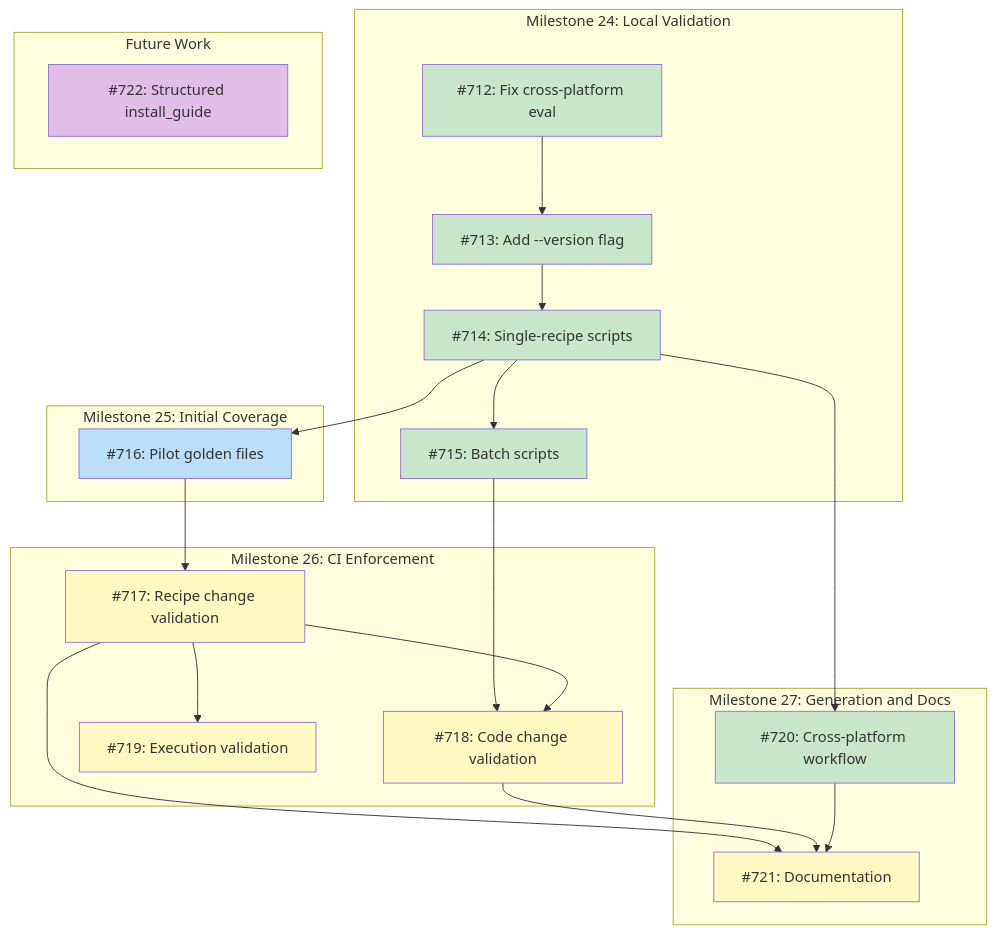
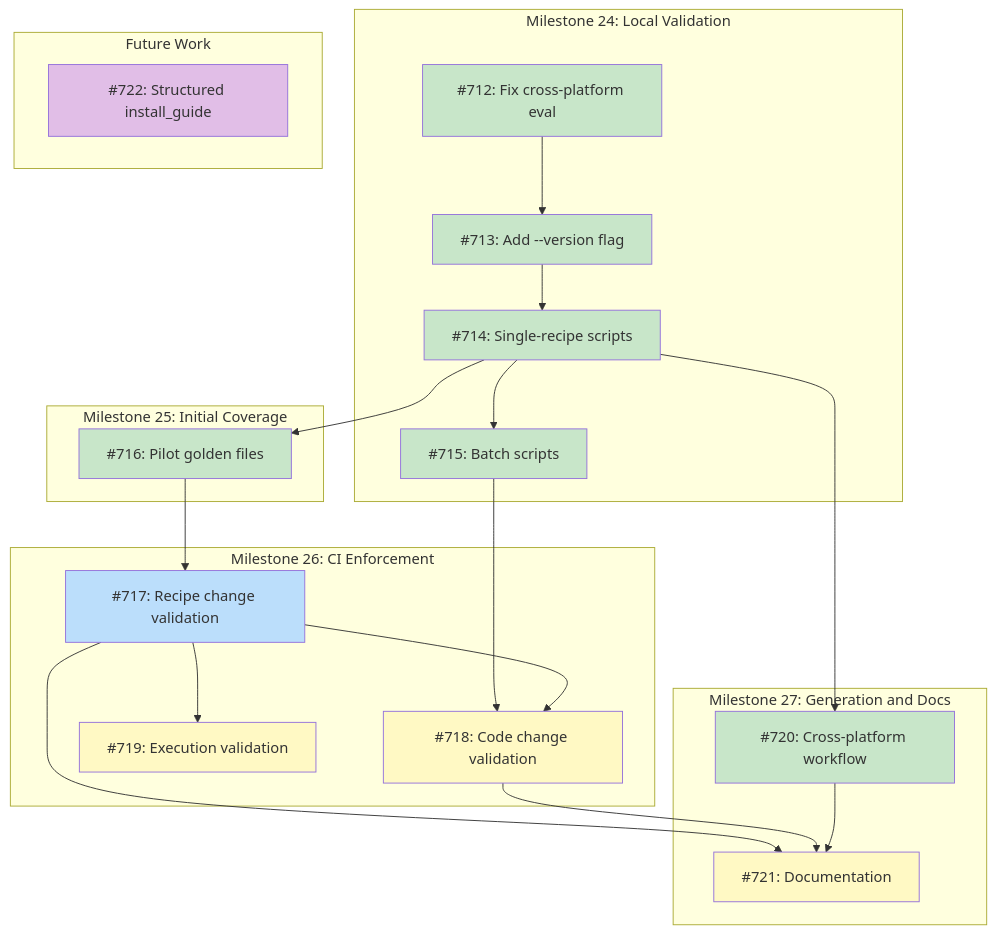
Before and after one commit to tsukumogami/tsuku: the diagram in docs/DESIGN-golden-plan-testing.md, drawn with Mermaid. The commit also changed 90 other files, not shown here.

````diff
--- a/docs/DESIGN-golden-plan-testing.md
+++ b/docs/DESIGN-golden-plan-testing.md
@@ -47,51 +47,51 @@
 ```mermaid
 graph TD
     subgraph M24["Milestone 24: Local Validation"]
         I712["#712: Fix cross-platform eval"]
         I713["#713: Add --version flag"]
         I714["#714: Single-recipe scripts"]
         I715["#715: Batch scripts"]
     end
 
     subgraph M25["Milestone 25: Initial Coverage"]
         I716["#716: Pilot golden files"]
     end
 
     subgraph M26["Milestone 26: CI Enforcement"]
         I717["#717: Recipe change validation"]
         I718["#718: Code change validation"]
         I719["#719: Execution validation"]
     end
 
     subgraph M27["Milestone 27: Generation and Docs"]
         I720["#720: Cross-platform workflow"]
         I721["#721: Documentation"]
     end
 
     subgraph Future["Future Work"]
         I722["#722: Structured install_guide"]
     end
 
     I712 --> I713
     I713 --> I714
     I714 --> I715
     I714 --> I716
     I714 --> I720
     I716 --> I717
     I715 --> I718
     I717 --> I718
     I717 --> I719
     I717 --> I721
     I718 --> I721
     I720 --> I721
 
     classDef done fill:#c8e6c9
     classDef ready fill:#bbdefb
     classDef blocked fill:#fff9c4
     classDef needsDesign fill:#e1bee7
 
-    class I712,I713,I714,I715,I720 done
-    class I716 ready
-    class I717,I718,I719,I721 blocked
+    class I712,I713,I714,I715,I716,I720 done
+    class I717 ready
+    class I718,I719,I721 blocked
     class I722 needsDesign
 ```
````
